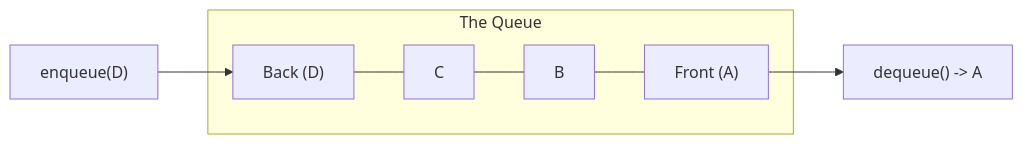
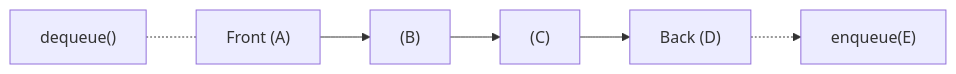
One commit to imkamaljain/engineering-interview-kit changed the diagram in src/content/topics/dsa/stack-and-queue/queue.mdx. Above: the diagram before and after it, drawn with Mermaid. The commit also changed 46 other files, not shown here.

````diff
--- a/src/content/topics/dsa/stack-and-queue/queue.mdx
+++ b/src/content/topics/dsa/stack-and-queue/queue.mdx
@@ -21,10 +21,8 @@
 ```mermaid
 flowchart LR
-    Enqueue["enqueue(D)"] --> Back["Back (D)"]
+    Dequeue["dequeue()"] <-.- Front["Front (A)"]
     
-    subgraph "The Queue"
-        Back --- C --- B --- Front["Front (A)"]
-    end
+    Front --> B["(B)"] --> C["(C)"] --> Back["Back (D)"]
     
-    Front --> Dequeue["dequeue() -> A"]
+    Back -.-> Enqueue["enqueue(E)"]
 ```
````
